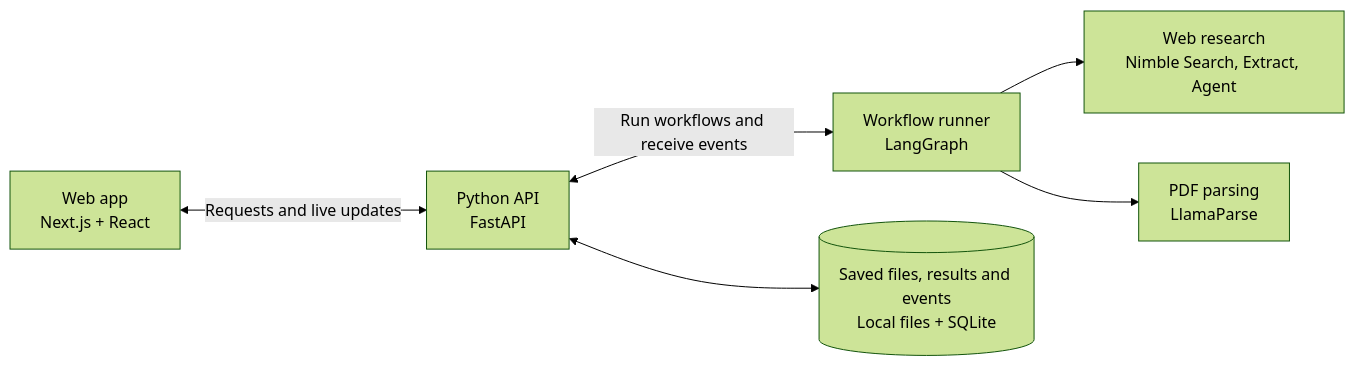
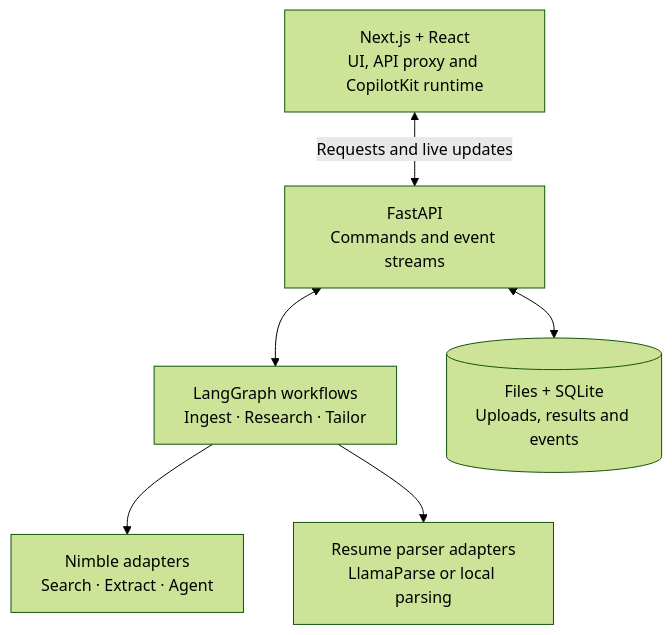
The diagram in README.md (ojusave/nimble-proof-agent), drawn with Mermaid (forest theme) before and after one commit. The commit also changed other lines of this file and 1 other file, not shown here.

Commit message:
Clarify API and event transport in the architecture

````diff
--- a/README.md
+++ b/README.md
@@ -107,8 +107,14 @@
 ```mermaid
-flowchart LR
-    UI["Web app<br/>Next.js + React"] <-->|"Requests and live updates"| API["Python API<br/>FastAPI"]
-    API <-->|"Run workflows and receive events"| GRAPH["Workflow runner<br/>LangGraph"]
-    GRAPH --> NIMBLE["Web research<br/>Nimble Search, Extract, Agent"]
-    GRAPH --> PARSE["PDF parsing<br/>LlamaParse"]
-    API <--> STORE[("Saved files, results and events<br/>Local files + SQLite")]
+flowchart TB
+    UI["Next.js + React<br/>UI, API proxy and CopilotKit runtime"]
+    API["FastAPI<br/>Commands and event streams"]
+    GRAPH["LangGraph workflows<br/>Ingest · Research · Tailor"]
+    STORE[("Files + SQLite<br/>Uploads, results and events")]
+    NIMBLE["Nimble adapters<br/>Search · Extract · Agent"]
+    PARSE["Resume parser adapters<br/>LlamaParse or local parsing"]
+    UI <-->|"Requests and live updates"| API
+    API <--> GRAPH
+    API <--> STORE
+    GRAPH --> NIMBLE
+    GRAPH --> PARSE
 ```
````
